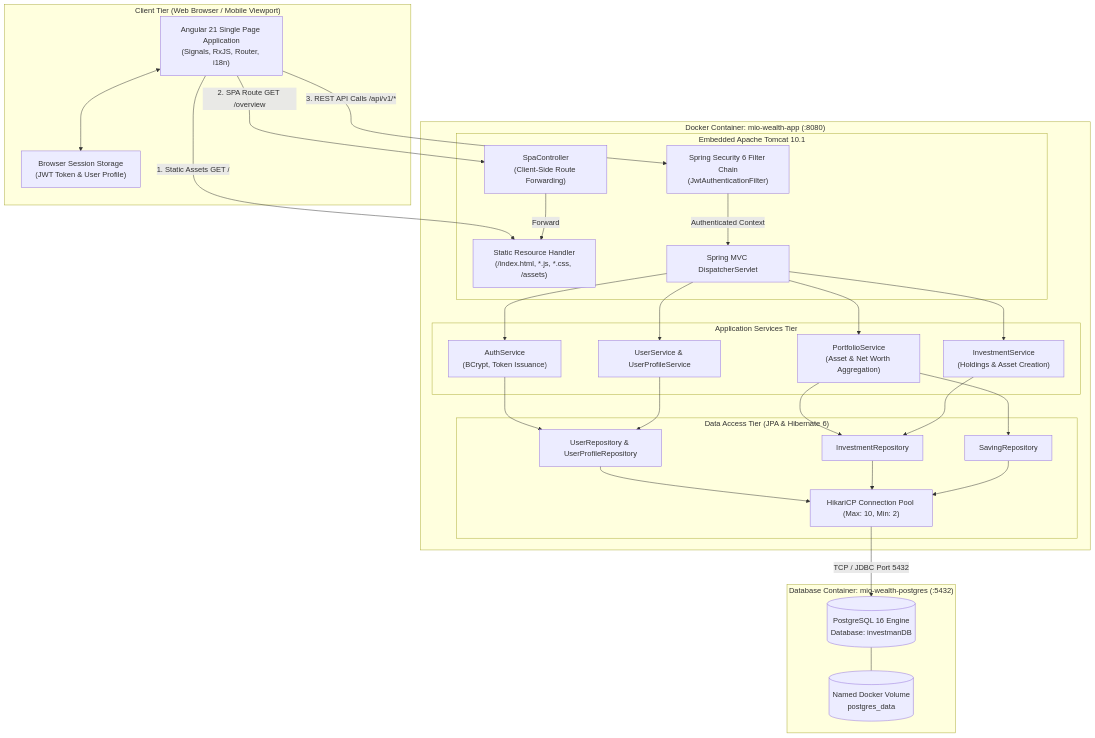
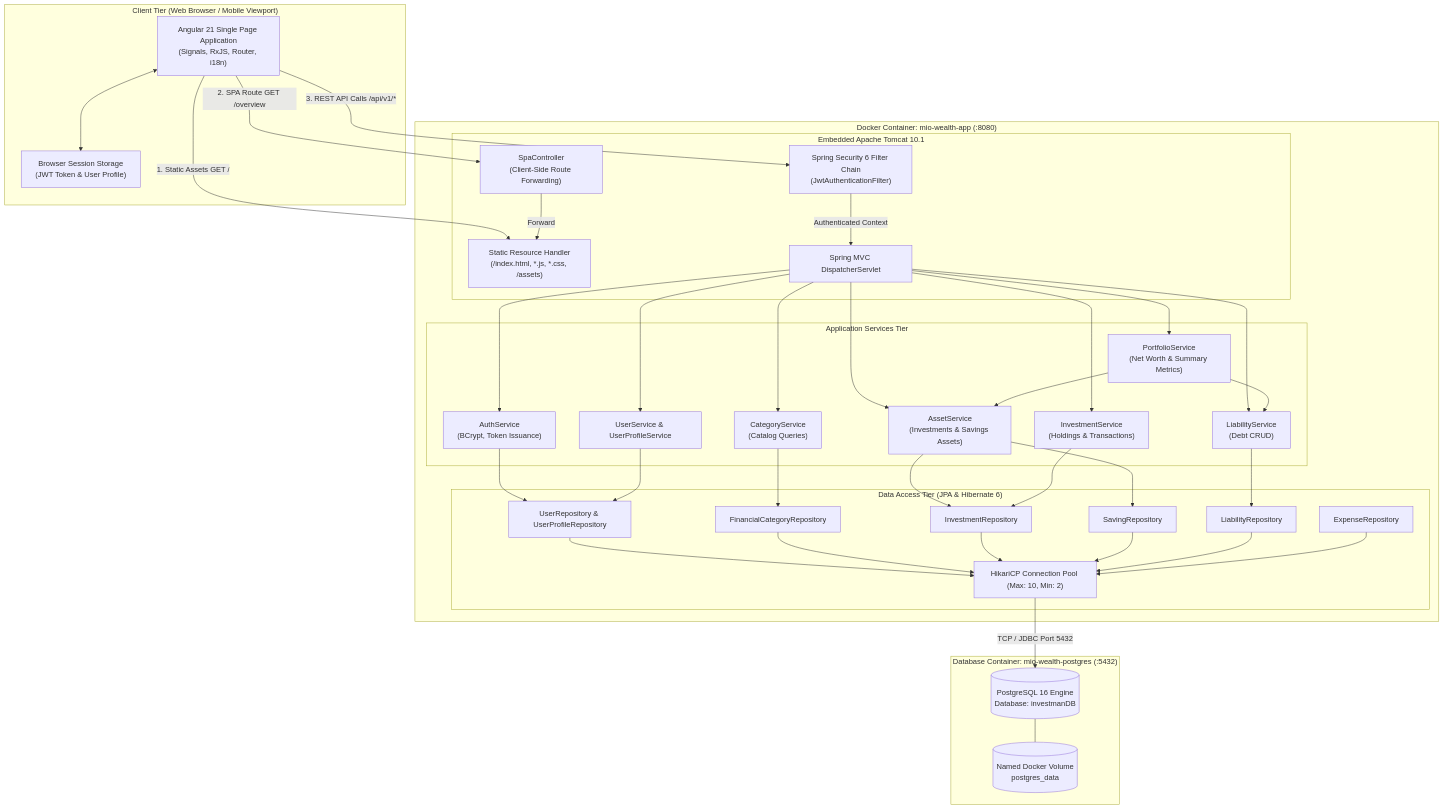
Before and after one commit to firojm57/mio-wealth: the first of 5 diagrams in docs/high-level-architecture.md, drawn with Mermaid. The commit also changed 63 other files, not shown here.

Commit message:
faet: Architecture restructure, categories, removed hardcoding

````diff
--- a/docs/high-level-architecture.md
+++ b/docs/high-level-architecture.md
@@ -11,56 +11,72 @@
 ```mermaid
 graph TB
     subgraph ClientBrowser["Client Tier (Web Browser / Mobile Viewport)"]
         SPA["Angular 21 Single Page Application<br/>(Signals, RxJS, Router, i18n)"]
         Storage["Browser Session Storage<br/>(JWT Token & User Profile)"]
         SPA <--> Storage
     end
 
     subgraph AppContainer["Docker Container: mio-wealth-app (:8080)"]
         subgraph WebServer["Embedded Apache Tomcat 10.1"]
             StaticFilter["Static Resource Handler<br/>(/index.html, *.js, *.css, /assets)"]
             SpaController["SpaController<br/>(Client-Side Route Forwarding)"]
             SecFilter["Spring Security 6 Filter Chain<br/>(JwtAuthenticationFilter)"]
             Dispatcher["Spring MVC DispatcherServlet"]
         end
 
         subgraph BusinessLayer["Application Services Tier"]
             AuthSvc["AuthService<br/>(BCrypt, Token Issuance)"]
-            PortfolioSvc["PortfolioService<br/>(Asset & Net Worth Aggregation)"]
-            InvestSvc["InvestmentService<br/>(Holdings & Asset Creation)"]
+            PortfolioSvc["PortfolioService<br/>(Net Worth & Summary Metrics)"]
+            AssetSvc["AssetService<br/>(Investments & Savings Assets)"]
+            LiabSvc["LiabilityService<br/>(Debt CRUD)"]
+            InvestSvc["InvestmentService<br/>(Holdings & Transactions)"]
+            CatSvc["CategoryService<br/>(Catalog Queries)"]
             UserSvc["UserService & UserProfileService"]
         end
 
         subgraph PersistenceLayer["Data Access Tier (JPA & Hibernate 6)"]
             UserRepo["UserRepository & UserProfileRepository"]
+            CatRepo["FinancialCategoryRepository"]
             InvestRepo["InvestmentRepository"]
             SavingRepo["SavingRepository"]
+            LiabRepo["LiabilityRepository"]
+            ExpRepo["ExpenseRepository"]
             HikariPool["HikariCP Connection Pool (Max: 10, Min: 2)"]
         end
     end
 
     subgraph DataTier["Database Container: mio-wealth-postgres (:5432)"]
         PostgresDB[("PostgreSQL 16 Engine<br/>Database: investmanDB")]
         Volume[("Named Docker Volume<br/>postgres_data")]
         PostgresDB --- Volume
     end
 
     SPA -->|1. Static Assets GET /| StaticFilter
     SPA -->|2. SPA Route GET /overview| SpaController
     SPA -->|3. REST API Calls /api/v1/*| SecFilter
     SpaController -->|Forward| StaticFilter
     SecFilter -->|Authenticated Context| Dispatcher
     Dispatcher --> AuthSvc
     Dispatcher --> PortfolioSvc
+    Dispatcher --> AssetSvc
+    Dispatcher --> LiabSvc
     Dispatcher --> InvestSvc
+    Dispatcher --> CatSvc
     Dispatcher --> UserSvc
     AuthSvc --> UserRepo
-    PortfolioSvc --> InvestRepo
-    PortfolioSvc --> SavingRepo
+    PortfolioSvc --> AssetSvc
+    PortfolioSvc --> LiabSvc
+    AssetSvc --> InvestRepo
+    AssetSvc --> SavingRepo
+    LiabSvc --> LiabRepo
     InvestSvc --> InvestRepo
+    CatSvc --> CatRepo
     UserSvc --> UserRepo
     UserRepo --> HikariPool
+    CatRepo --> HikariPool
     InvestRepo --> HikariPool
     SavingRepo --> HikariPool
+    LiabRepo --> HikariPool
+    ExpRepo --> HikariPool
     HikariPool -->|TCP / JDBC Port 5432| PostgresDB
 ```
````
